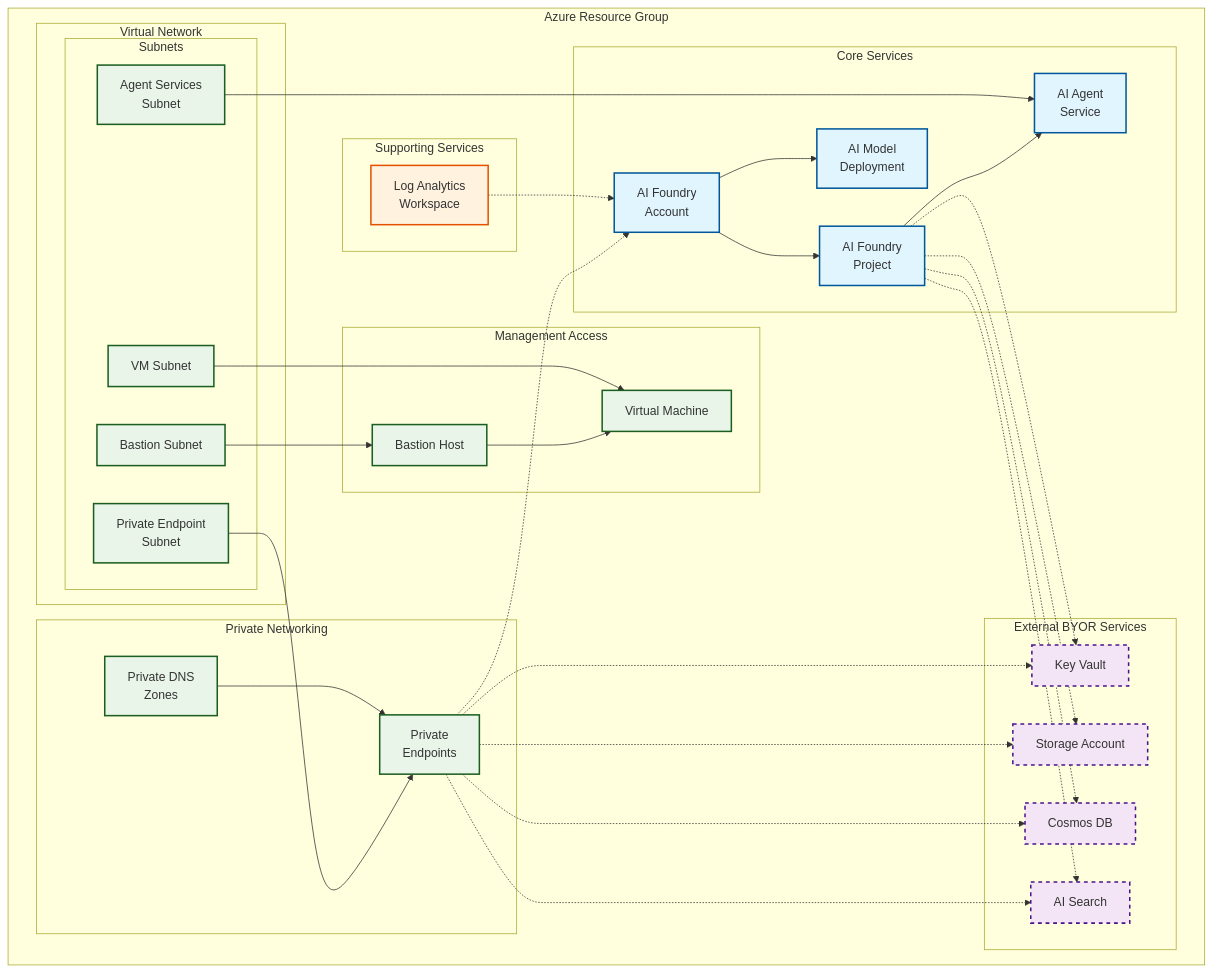
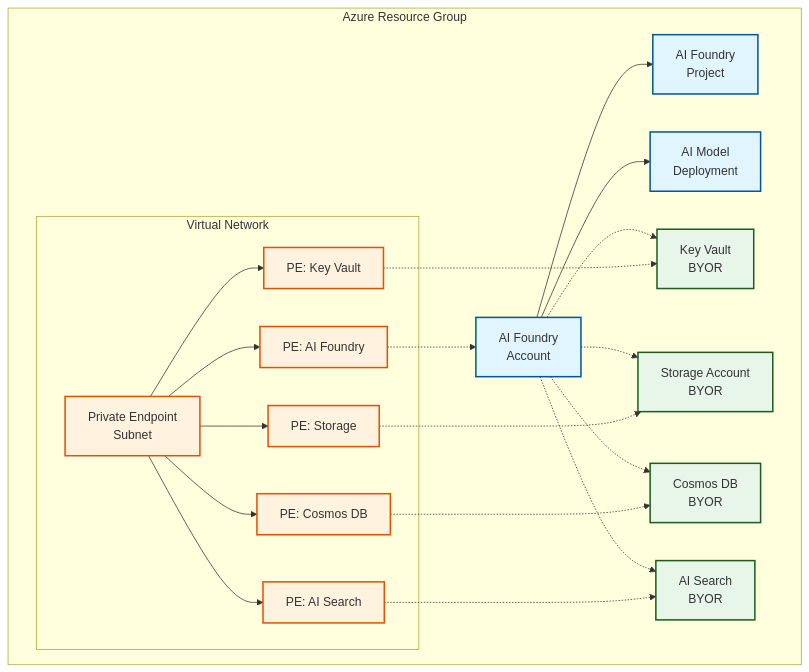
The diagram in examples/private-byor/README.md (Azure/terraform-azurerm-avm-ptn-aiml-ai-foundry), drawn with Mermaid before and after one commit. The commit also changed other lines of this file and 27 other files, not shown here.

````diff
--- a/examples/private-byor/README.md
+++ b/examples/private-byor/README.md
@@ -11,78 +11,47 @@
 ```mermaid
 graph TB
     subgraph "Azure Resource Group"
         subgraph "Virtual Network"
-            subgraph "Subnets"
-                PESNET[Private Endpoint<br/>Subnet]
-                AGENTSNET[Agent Services<br/>Subnet]
-                BASSNET[Bastion Subnet]
-                VMSNET[VM Subnet]
-            end
+            PE_SUBNET[Private Endpoint<br/>Subnet]
+            PE_AF[PE: AI Foundry]
+            PE_KV[PE: Key Vault]
+            PE_ST[PE: Storage]
+            PE_CS[PE: Cosmos DB]
+            PE_AS[PE: AI Search]
         end
-        
-        subgraph "Core Services"
-            AF[AI Foundry<br/>Account]
-            AFP[AI Foundry<br/>Project]
-            AFS[AI Agent<br/>Service]
-            AMD[AI Model<br/>Deployment]
-        end
-        
-        subgraph "External BYOR Services"
-            KV[Key Vault]
-            SA[Storage Account]
-            CDB[Cosmos DB]
-            AIS[AI Search]
-        end
-        
-        subgraph "Private Networking"
-            DNS[Private DNS<br/>Zones]
-            PE[Private<br/>Endpoints]
-        end
-        
-        subgraph "Management Access"
-            BAS[Bastion Host]
-            VM[Virtual Machine]
-        end
-        
-        subgraph "Supporting Services"
-            LAW[Log Analytics<br/>Workspace]
-        end
+
+        AF[AI Foundry<br/>Account]
+        AFP[AI Foundry<br/>Project]
+        AMD[AI Model<br/>Deployment]
+        KV[Key Vault<br/>BYOR]
+        ST[Storage Account<br/>BYOR]
+        CS[Cosmos DB<br/>BYOR]
+        AS[AI Search<br/>BYOR]
     end
-    
-    %% Core relationships
+
     AF --> AFP
     AF --> AMD
-    AFP --> AFS
-    AFP -.-> KV
-    AFP -.-> SA
-    AFP -.-> CDB
-    AFP -.-> AIS
-    
-    %% Private connectivity
-    PE -.-> AF
-    PE -.-> KV
-    PE -.-> SA
-    PE -.-> CDB
-    PE -.-> AIS
-    PESNET --> PE
-    AGENTSNET --> AFS
-    DNS --> PE
-    
-    %% Management access
-    BAS --> VM
-    BASSNET --> BAS
-    VMSNET --> VM
-    
-    %% Supporting relationships
-    LAW -.-> AF
-    
+    AF -.-> KV
+    AF -.-> ST
+    AF -.-> CS
+    AF -.-> AS
+
+    PE_AF -.-> AF
+    PE_KV -.-> KV
+    PE_ST -.-> ST
+    PE_CS -.-> CS
+    PE_AS -.-> AS
+
+    PE_SUBNET --> PE_AF
+    PE_SUBNET --> PE_KV
+    PE_SUBNET --> PE_ST
+    PE_SUBNET --> PE_CS
+    PE_SUBNET --> PE_AS
+
     classDef required fill:#e1f5fe,stroke:#01579b,stroke-width:2px
-    classDef byor fill:#f3e5f5,stroke:#4a148c,stroke-width:2px,stroke-dasharray: 5 5
-    classDef network fill:#e8f5e8,stroke:#1b5e20,stroke-width:2px
-    classDef support fill:#fff3e0,stroke:#e65100,stroke-width:2px
-    
-    class AF,AFP,AFS,AMD required
-    class KV,SA,CDB,AIS byor
-    class PESNET,AGENTSNET,BASSNET,VMSNET,DNS,PE,BAS,VM network
-    class LAW support
+    classDef byor fill:#e8f5e9,stroke:#1b5e20,stroke-width:2px
+    classDef network fill:#fff3e0,stroke:#e65100,stroke-width:2px
+    class AF,AFP,AMD required
+    class KV,ST,CS,AS byor
+    class PE_SUBNET,PE_AF,PE_KV,PE_ST,PE_CS,PE_AS network
 ```
````
